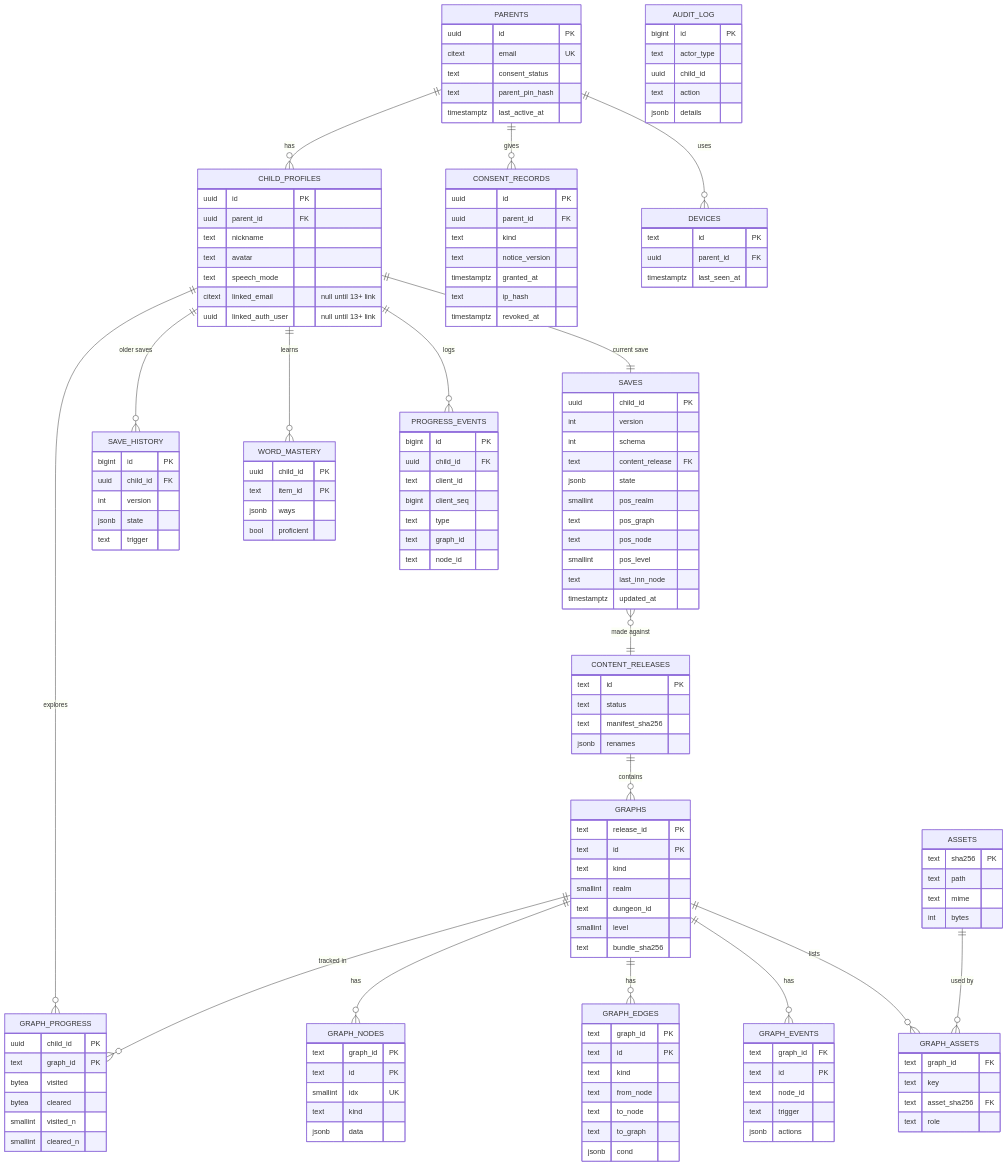
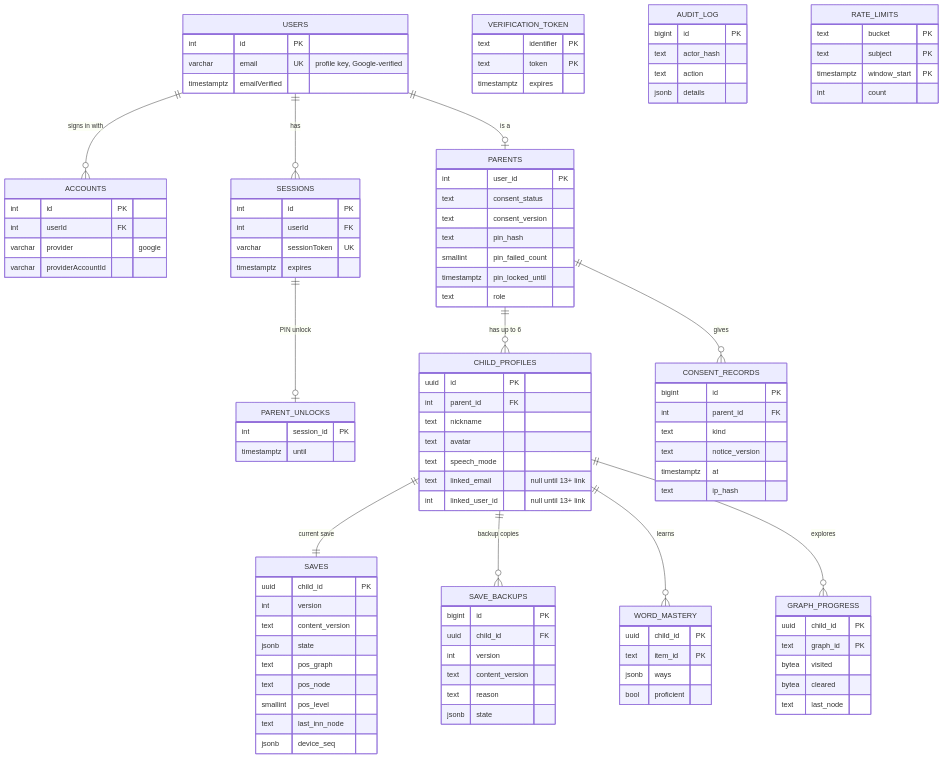
Before and after one commit to zenjax7/chinese-rpg: the third of 5 diagrams in docs/architecture.md, drawn with Mermaid. The commit also changed other lines of this file and 1 other file, not shown here.

First line of the commit message:
docs(architecture): approved $0 stack (Vercel Hobby + Neon + Auth.js Google), static CDN content, DAL instead of RLS, dialogue and quest hooks

````diff
--- a/docs/architecture.md
+++ b/docs/architecture.md
@@ -478,79 +574,85 @@
 ```mermaid
 erDiagram
-  PARENTS ||--o{ CHILD_PROFILES : has
+  USERS ||--o{ ACCOUNTS : "signs in with"
+  USERS ||--o{ SESSIONS : has
+  USERS ||--o| PARENTS : "is a"
+  SESSIONS ||--o| PARENT_UNLOCKS : "PIN unlock"
+  PARENTS ||--o{ CHILD_PROFILES : "has up to 6"
   PARENTS ||--o{ CONSENT_RECORDS : gives
-  PARENTS ||--o{ DEVICES : uses
   CHILD_PROFILES ||--|| SAVES : "current save"
-  CHILD_PROFILES ||--o{ SAVE_HISTORY : "older saves"
+  CHILD_PROFILES ||--o{ SAVE_BACKUPS : "backup copies"
   CHILD_PROFILES ||--o{ WORD_MASTERY : learns
-  CHILD_PROFILES ||--o{ PROGRESS_EVENTS : logs
   CHILD_PROFILES ||--o{ GRAPH_PROGRESS : explores
-  GRAPHS ||--o{ GRAPH_PROGRESS : "tracked in"
-  CONTENT_RELEASES ||--o{ GRAPHS : contains
-  GRAPHS ||--o{ GRAPH_NODES : has
-  GRAPHS ||--o{ GRAPH_EDGES : has
-  GRAPHS ||--o{ GRAPH_EVENTS : has
-  GRAPHS ||--o{ GRAPH_ASSETS : lists
-  ASSETS ||--o{ GRAPH_ASSETS : "used by"
-  SAVES }o--|| CONTENT_RELEASES : "made against"
 
+  USERS {
+    int id PK
+    varchar email UK "profile key, Google-verified"
+    timestamptz emailVerified
+  }
+  ACCOUNTS {
+    int id PK
+    int userId FK
+    varchar provider "google"
+    varchar providerAccountId
+  }
+  SESSIONS {
+    int id PK
+    int userId FK
+    varchar sessionToken UK
+    timestamptz expires
+  }
+  VERIFICATION_TOKEN {
+    text identifier PK
+    text token PK
+    timestamptz expires
+  }
   PARENTS {
-    uuid id PK
-    citext email UK
+    int user_id PK
     text consent_status
-    text parent_pin_hash
-    timestamptz last_active_at
+    text consent_version
+    text pin_hash
+    smallint pin_failed_count
+    timestamptz pin_locked_until
+    text role
+  }
+  PARENT_UNLOCKS {
+    int session_id PK
+    timestamptz until
   }
   CHILD_PROFILES {
     uuid id PK
-    uuid parent_id FK
+    int parent_id FK
     text nickname
     text avatar
     text speech_mode
-    citext linked_email "null until 13+ link"
-    uuid linked_auth_user "null until 13+ link"
+    text linked_email "null until 13+ link"
+    int linked_user_id "null until 13+ link"
   }
   CONSENT_RECORDS {
-    uuid id PK
-    uuid parent_id FK
+    bigint id PK
+    int parent_id FK
     text kind
     text notice_version
-    timestamptz granted_at
+    timestamptz at
     text ip_hash
-    timestamptz revoked_at
-  }
-  DEVICES {
-    text id PK
-    uuid parent_id FK
-    timestamptz last_seen_at
   }
   SAVES {
     uuid child_id PK
     int version
-    int schema
-    text content_release FK
+    text content_version
     jsonb state
-    smallint pos_realm
     text pos_graph
     text pos_node
     smallint pos_level
     text last_inn_node
-    timestamptz updated_at
+    jsonb device_seq
   }
   GRAPH_PROGRESS {
     uuid child_id PK
     text graph_id PK
     bytea visited
     bytea cleared
-    smallint visited_n
-    smallint cleared_n
-  }
-  SAVE_HISTORY {
-    bigint id PK
-    uuid child_id FK
-    int version
-    jsonb state
-    text trigger
+    text last_node
   }
   WORD_MASTERY {
     uuid child_id PK
@@ -558,70 +660,24 @@
     jsonb ways
     bool proficient
   }
-  PROGRESS_EVENTS {
+  SAVE_BACKUPS {
     bigint id PK
     uuid child_id FK
-    text client_id
-    bigint client_seq
-    text type
-    text graph_id
-    text node_id
-  }
-  CONTENT_RELEASES {
-    text id PK
-    text status
-    text manifest_sha256
-    jsonb renames
-  }
-  GRAPHS {
-    text release_id PK
-    text id PK
-    text kind
-    smallint realm
-    text dungeon_id
-    smallint level
-    text bundle_sha256
-  }
-  GRAPH_NODES {
-    text graph_id PK
-    text id PK
-    smallint idx UK
-    text kind
-    jsonb data
-  }
-  GRAPH_EDGES {
-    text graph_id PK
-    text id PK
-    text kind
-    text from_node
-    text to_node
-    text to_graph
-    jsonb cond
-  }
-  GRAPH_EVENTS {
-    text graph_id FK
-    text id PK
-    text node_id
-    text trigger
-    jsonb actions
-  }
-  ASSETS {
-    text sha256 PK
-    text path
-    text mime
-    int bytes
-  }
-  GRAPH_ASSETS {
-    text graph_id FK
-    text key
-    text asset_sha256 FK
-    text role
+    int version
+    text content_version
+    text reason
+    jsonb state
   }
   AUDIT_LOG {
     bigint id PK
-    text actor_type
-    uuid child_id
+    text actor_hash
     text action
     jsonb details
   }
+  RATE_LIMITS {
+    text bucket PK
+    text subject PK
+    timestamptz window_start PK
+    int count
+  }
 ```
````
